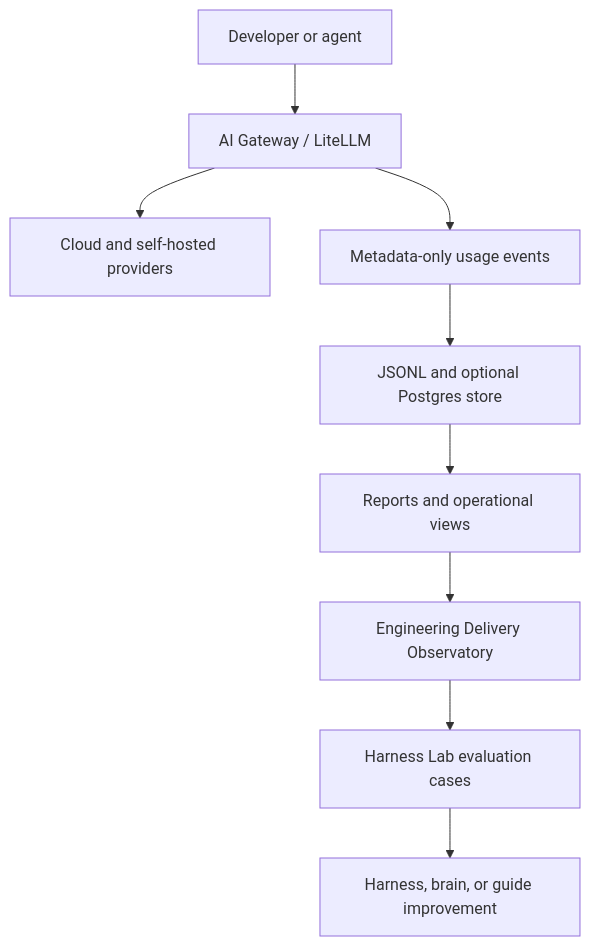
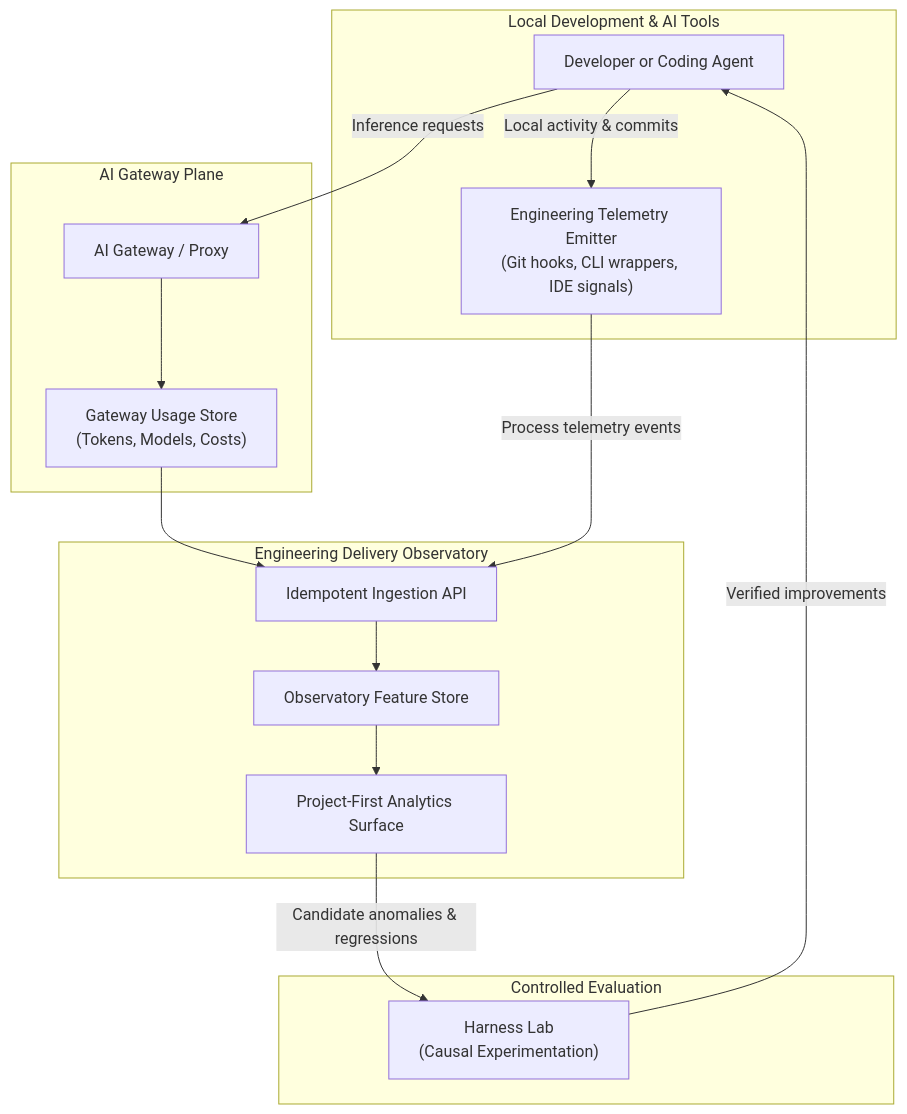
One commit to marcosdh1987/harness-engineering-guide changed the second of 6 diagrams in docs/en/measure-and-improve/engineering-delivery-observatory.md. Above: the diagram before and after it, drawn with Mermaid. The commit also changed other lines of this file and 9 other files, not shown here.

Commit message:
docs: expand Engineering Delivery Observatory guides and add MathJax support

````diff
--- a/docs/en/measure-and-improve/engineering-delivery-observatory.md
+++ b/docs/en/measure-and-improve/engineering-delivery-observatory.md
@@ -21,11 +61,34 @@
 ```mermaid
-flowchart TB
-    DEV["Developer or agent"] --> GW["AI Gateway / LiteLLM"]
-    GW --> PROVIDERS["Cloud and self-hosted providers"]
-    GW --> EVENTS["Metadata-only usage events"]
-    EVENTS --> STORE["JSONL and optional Postgres store"]
-    STORE --> REPORT["Reports and operational views"]
-    REPORT --> OBS["Engineering Delivery Observatory"]
-    OBS --> LAB["Harness Lab evaluation cases"]
-    LAB --> IMP["Harness, brain, or guide improvement"]
+flowchart TD
+    subgraph WORKSPACE["Local Development & AI Tools"]
+        DEV["Developer or Coding Agent"]
+        EMITTER["Engineering Telemetry Emitter<br/>(Git hooks, CLI wrappers, IDE signals)"]
+    end
+
+    subgraph GATEWAY["AI Gateway Plane"]
+        GW["AI Gateway / Proxy"]
+        GW_STORE["Gateway Usage Store<br/>(Tokens, Models, Costs)"]
+    end
+
+    subgraph OBSERVATORY["Engineering Delivery Observatory"]
+        INGEST["Idempotent Ingestion API"]
+        OBS_DB["Observatory Feature Store"]
+        DASH["Project-First Analytics Surface"]
+    end
+
+    subgraph LAB["Controlled Evaluation"]
+        HLAB["Harness Lab<br/>(Causal Experimentation)"]
+    end
+
+    DEV -->|"Inference requests"| GW
+    GW --> GW_STORE
+    GW_STORE --> INGEST
+
+    DEV -->|"Local activity & commits"| EMITTER
+    EMITTER -->|"Process telemetry events"| INGEST
+
+    INGEST --> OBS_DB
+    OBS_DB --> DASH
+    DASH -->|"Candidate anomalies & regressions"| HLAB
+    HLAB -->|"Verified improvements"| DEV
 ```
````
